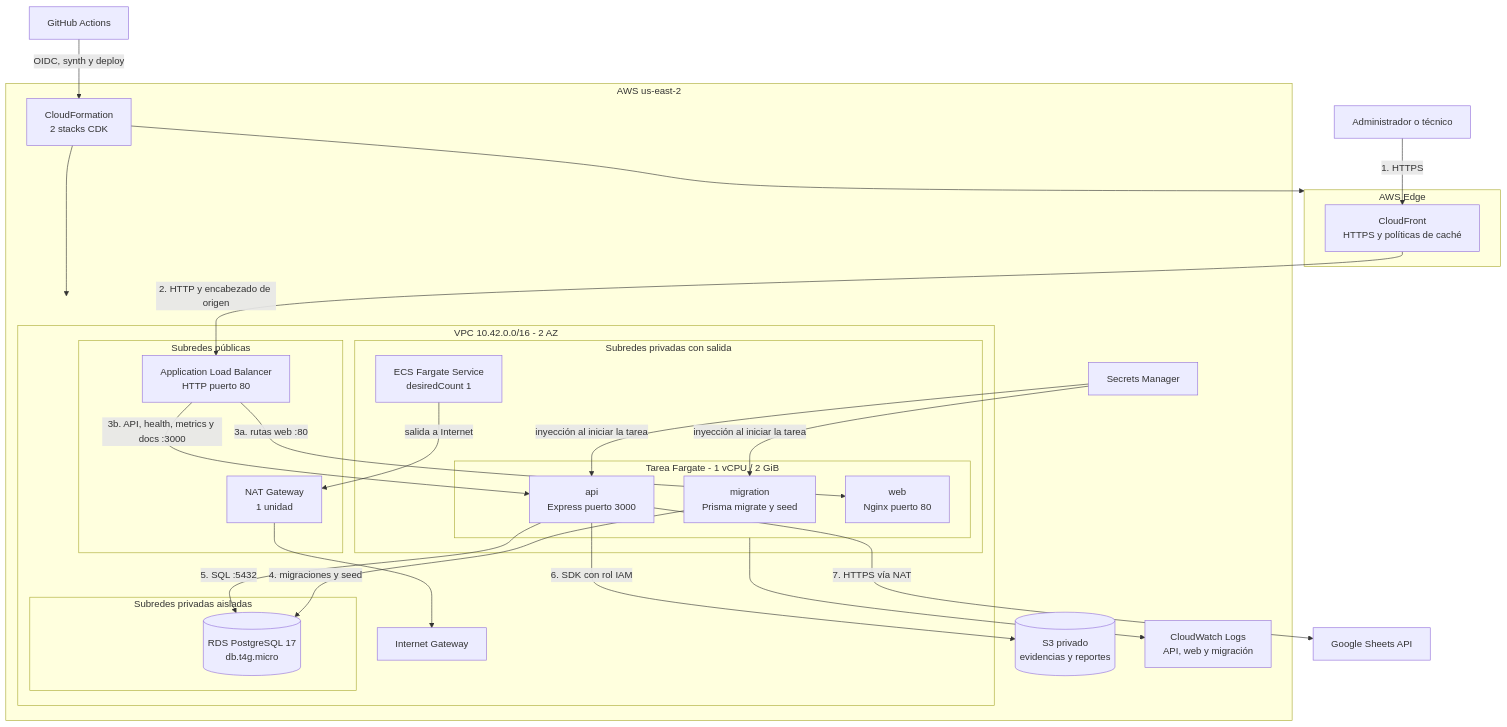
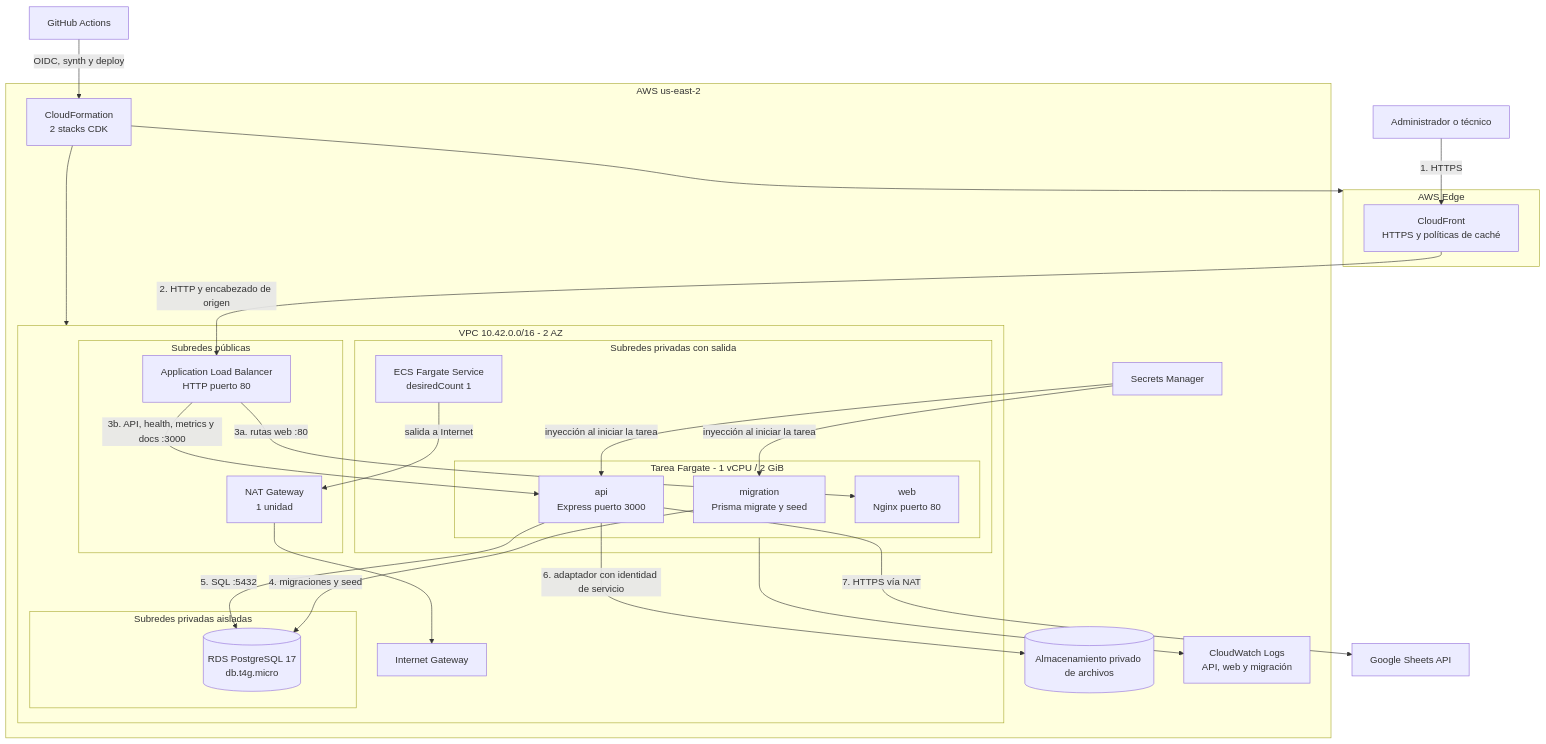
The first of 5 diagrams in docs/technical/infrastructure-and-operations.md (luistorres-idt/puk), drawn with Mermaid before and after one commit. The commit also changed other lines of this file and 14 other files, not shown here.

````diff
--- a/docs/technical/infrastructure-and-operations.md
+++ b/docs/technical/infrastructure-and-operations.md
@@ -22,55 +22,55 @@
 ```mermaid
 flowchart TB
     User[Administrador o técnico]
     GitHub[GitHub Actions]
     Sheets[Google Sheets API]
 
     subgraph Edge[AWS Edge]
         CF[CloudFront<br/>HTTPS y políticas de caché]
     end
 
     subgraph Region[AWS us-east-2]
         subgraph VPC[VPC 10.42.0.0/16 - 2 AZ]
             IGW[Internet Gateway]
 
             subgraph Public[Subredes públicas]
                 ALB[Application Load Balancer<br/>HTTP puerto 80]
                 NAT[NAT Gateway<br/>1 unidad]
             end
 
             subgraph Private[Subredes privadas con salida]
                 ECS[ECS Fargate Service<br/>desiredCount 1]
                 subgraph Task[Tarea Fargate - 1 vCPU / 2 GiB]
                     Migration[migration<br/>Prisma migrate y seed]
                     API[api<br/>Express puerto 3000]
                     Web[web<br/>Nginx puerto 80]
                 end
             end
 
             subgraph Isolated[Subredes privadas aisladas]
                 RDS[(RDS PostgreSQL 17<br/>db.t4g.micro)]
             end
         end
 
-        S3[(S3 privado<br/>evidencias y reportes)]
+        FileStore[(Almacenamiento privado de archivos)]
         SM[Secrets Manager]
         CW[CloudWatch Logs<br/>API, web y migración]
         CFN[CloudFormation<br/>2 stacks CDK]
     end
 
     User -->|1. HTTPS| CF
     CF -->|2. HTTP y encabezado de origen| ALB
     ALB -->|3a. rutas web :80| Web
     ALB -->|3b. API, health, metrics y docs :3000| API
     Migration -->|4. migraciones y seed| RDS
     API -->|5. SQL :5432| RDS
-    API -->|6. SDK con rol IAM| S3
+    API -->|6. adaptador con identidad de servicio| FileStore
     API -->|7. HTTPS vía NAT| Sheets
     ECS -->|salida a Internet| NAT --> IGW
     SM -->|inyección al iniciar la tarea| Migration
     SM -->|inyección al iniciar la tarea| API
     Task --> CW
     GitHub -->|OIDC, synth y deploy| CFN
     CFN --> VPC
     CFN --> Edge
 ```
````
